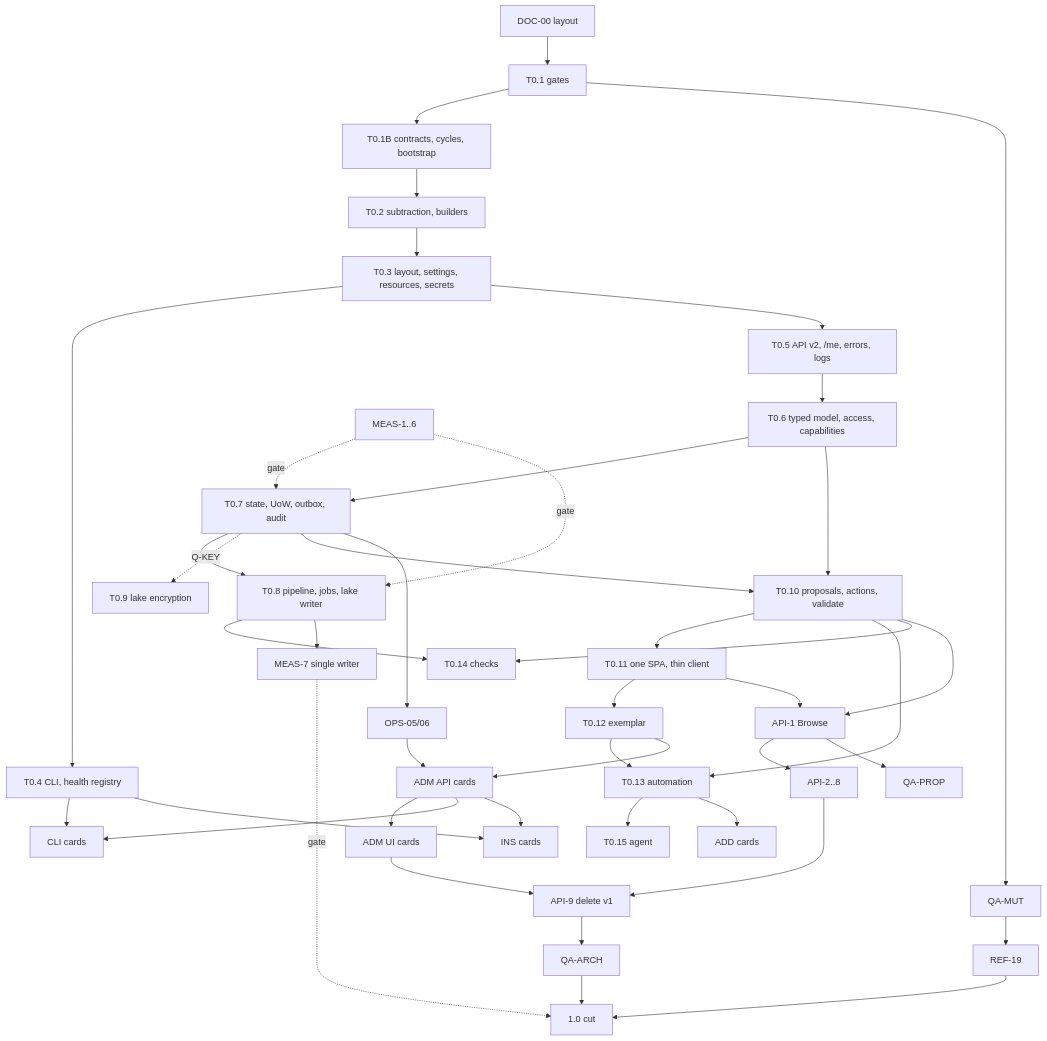
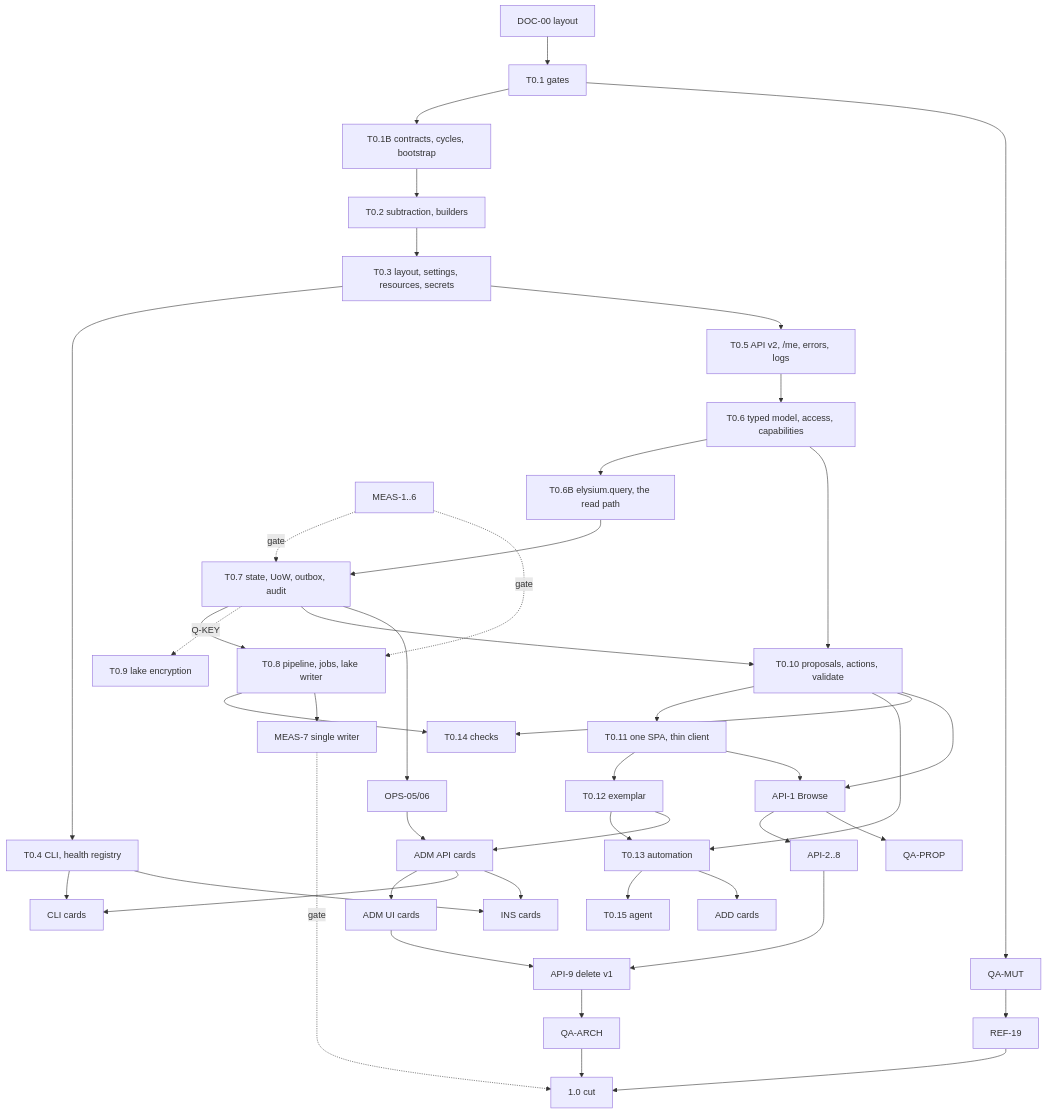
One commit to nmartin0/elysium changed the diagram in docs/roadmap.md. Above: the diagram before and after it, drawn with Mermaid. The commit also changed other lines of this file and 2 other files, not shown here.

````diff
--- a/docs/roadmap.md
+++ b/docs/roadmap.md
@@ -2923,45 +3965,46 @@
 ```mermaid
 graph TD
   D00[DOC-00 layout] --> T01[T0.1 gates]
   T01 --> T01B[T0.1B contracts, cycles, bootstrap]
   T01B --> T02[T0.2 subtraction, builders]
   T02 --> T03[T0.3 layout, settings, resources, secrets]
   T03 --> T04[T0.4 CLI, health registry]
   T03 --> T05[T0.5 API v2, /me, errors, logs]
   T05 --> T06[T0.6 typed model, access, capabilities]
-  T06 --> T07[T0.7 state, UoW, outbox, audit]
+  T06 --> T06B[T0.6B elysium.query, the read path]
+  T06B --> T07[T0.7 state, UoW, outbox, audit]
   T07 --> T08[T0.8 pipeline, jobs, lake writer]
   T07 -.Q-KEY.-> T09[T0.9 lake encryption]
   T07 --> T010[T0.10 proposals, actions, validate]
   T06 --> T010
   T010 --> T011[T0.11 one SPA, thin client]
   T011 --> T012[T0.12 exemplar]
   T010 --> T013[T0.13 automation]
   T012 --> T013
   T08 --> T014[T0.14 checks]
   T010 --> T014
   T013 --> T015[T0.15 agent]
   MEAS[MEAS-1..6] -.gate.-> T07
   MEAS -.gate.-> T08
   T08 --> M7[MEAS-7 single writer] -.gate.-> CUT
   T04 --> CLI[CLI cards]
   T012 --> ADMAPI[ADM API cards]
   ADMAPI --> ADMUI[ADM UI cards]
   ADMAPI --> CLI
   T07 --> OPS[OPS-05/06]
   OPS --> ADMAPI
   T010 --> API1[API-1 Browse]
   T011 --> API1
   API1 --> APIX[API-2..8]
   API1 --> QAP[QA-PROP]
   T013 --> ADD[ADD cards]
   T04 --> INS[INS cards]
   ADMAPI --> INS
   ADMUI --> API9[API-9 delete v1]
   APIX --> API9
   T01 --> QAM[QA-MUT]
   API9 --> QAA[QA-ARCH]
   QAM --> R19[REF-19]
   QAA --> CUT[1.0 cut]
   R19 --> CUT
 ```
````
